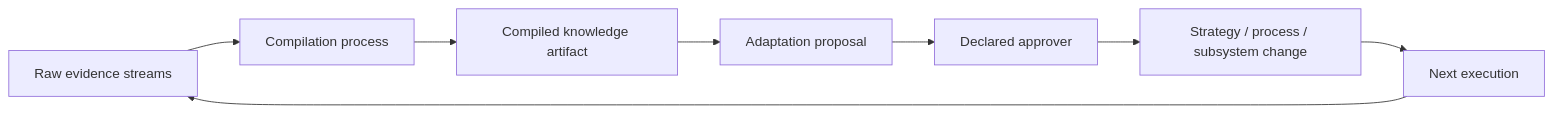
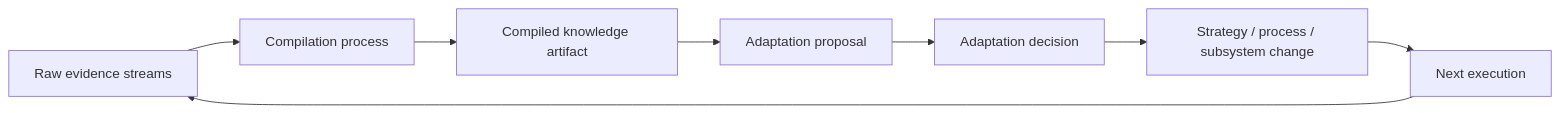
One commit to flooper68/adaptive-problem-solving-systems changed the third of 5 diagrams in framework/VISUALIZATION.md. Above: the diagram before and after it, drawn with Mermaid. The commit also changed other lines of this file and 7 other files, not shown here.

````diff
--- a/framework/VISUALIZATION.md
+++ b/framework/VISUALIZATION.md
@@ -74,10 +74,10 @@
 ```mermaid
 flowchart LR
     streams["Raw evidence streams"] --> compiler["Compilation process"]
     compiler --> knowledge["Compiled knowledge artifact"]
     knowledge --> proposal["Adaptation proposal"]
-    proposal --> approval["Declared approver"]
-    approval --> strategy["Strategy / process / subsystem change"]
+    proposal --> decision["Adaptation decision"]
+    decision --> strategy["Strategy / process / subsystem change"]
     strategy --> nextRun["Next execution"]
     nextRun --> streams
 ```
````
